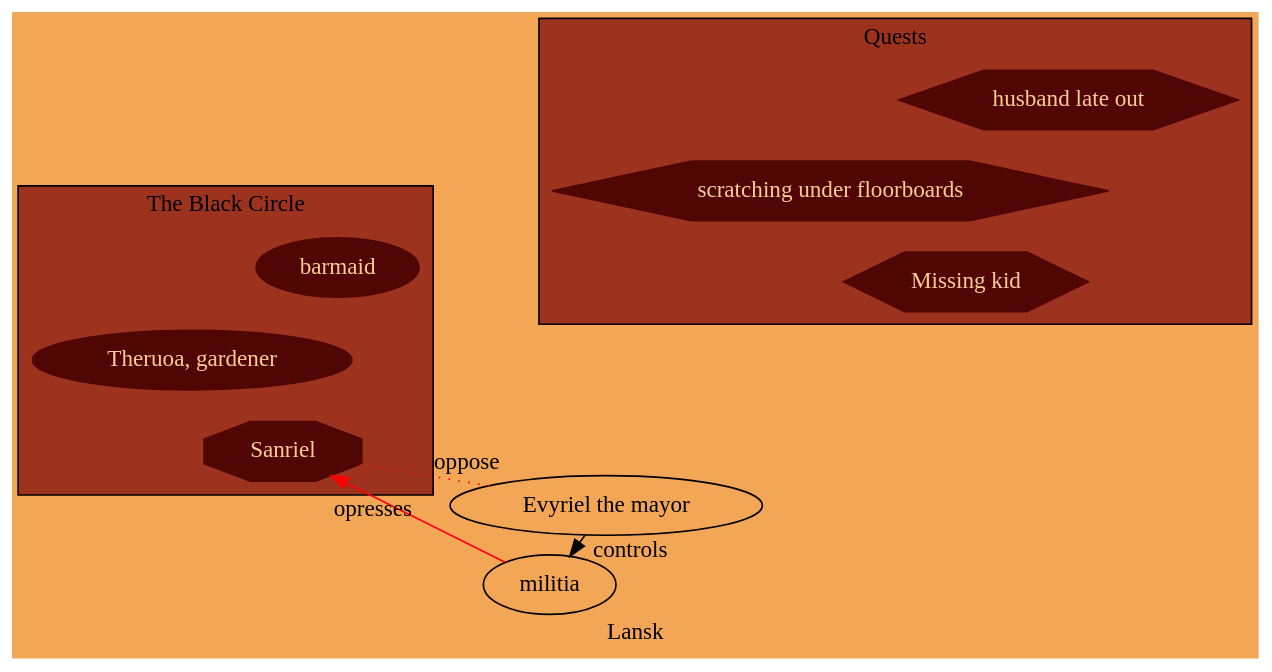
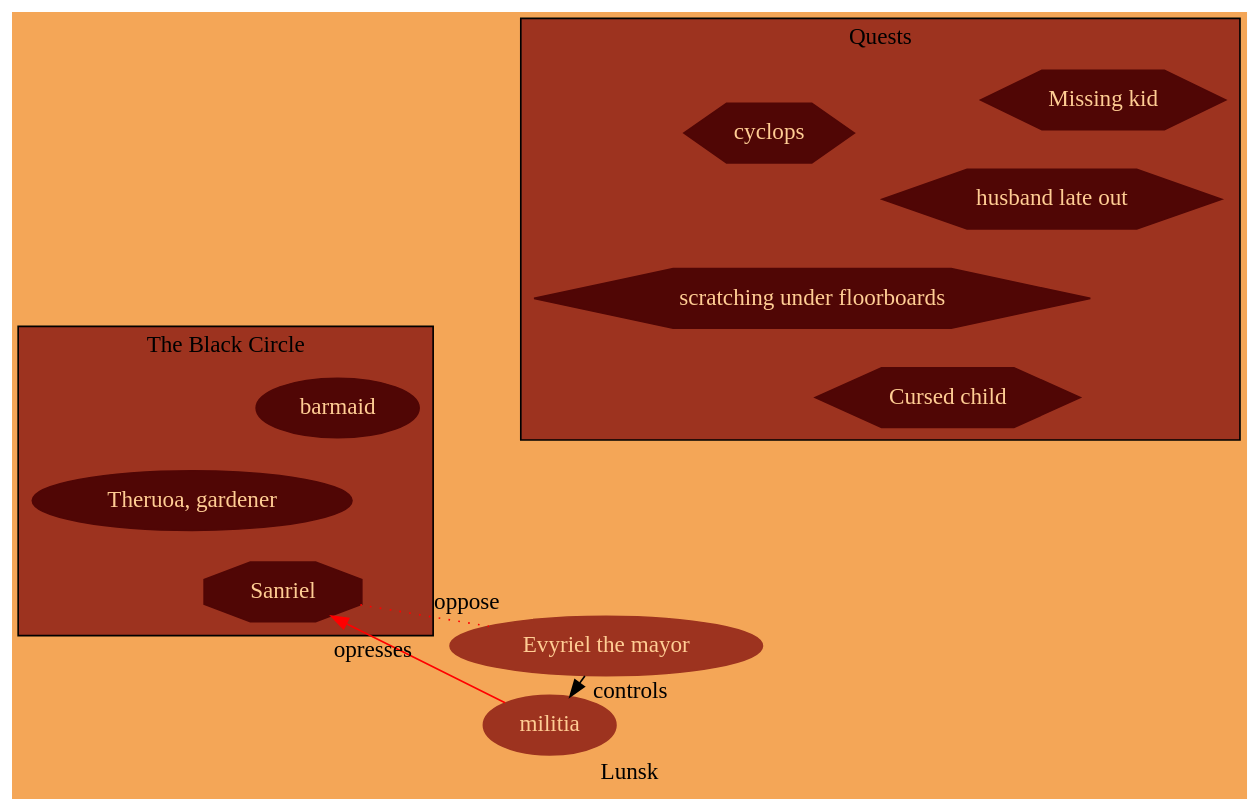
Before and after one commit to lupus117/dnd-notes: the diagram in Etharis/lunsk.gv, drawn with Graphviz. The commit also changed 3 other files, not shown here.

Commit message:
Add graph to etharis

```diff
--- a/Etharis/lunsk.gv
+++ b/Etharis/lunsk.gv
@@ -1,36 +1,38 @@
 digraph Lansk {
 layout=fdp
-label = "Lansk"
+label = "Lunsk"
 bgcolor="#f4a657"
+node [style = filled, color="#9d331f", fontcolor="#ffcd94"];
 
 mayor [label = "Evyriel the mayor"]
 
-	subgraph cluster0 { 
-
+	subgraph cluster0 {
 	node [style = filled, color="#500605", fontcolor="#ffcd94"];
 	bgcolor="#9d331f"
 	label = "The Black Circle";
 	
 	sanriel [shape="polygon",sides=8; label = "Sanriel"] 
 	barmaid
 	gardener [label="Theruoa, gardener"];	
+
 
 	}
 
 	subgraph cluster1 { 
 	node [shape="polygon", sides=6,style = filled, color="#500605", fontcolor="#ffcd94"];
 	bgcolor="#9d331f"
 	label="Quests"
 
 	"Missing kid"
 	hubby [label="husband late out"]
 	scratch [label="scratching under floorboards"]
+	cyclops
+	"Cursed child"
 	}
 
-{rank = "same"; sanriel mayor;}
 
 mayor -> militia [label="controls"];
-militia -> sanriel [label="opresses", color="red"];
-sanriel -> mayor [color="red",arrowhead=none, label="oppose", style="dotted"];
+	militia -> sanriel [label="opresses", color="red"];
+sanriel -> mayor [color="red", arrowhead=none, label="oppose", style="dotted"];
 
 }
```
